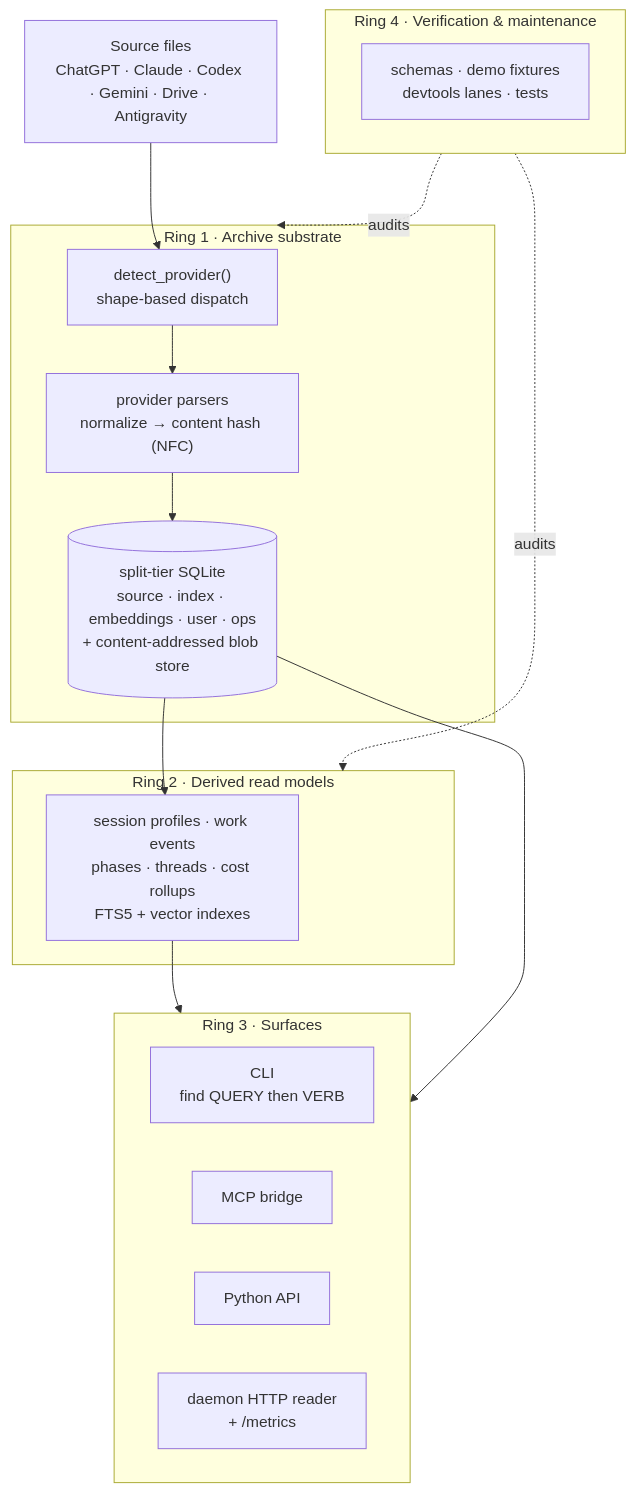
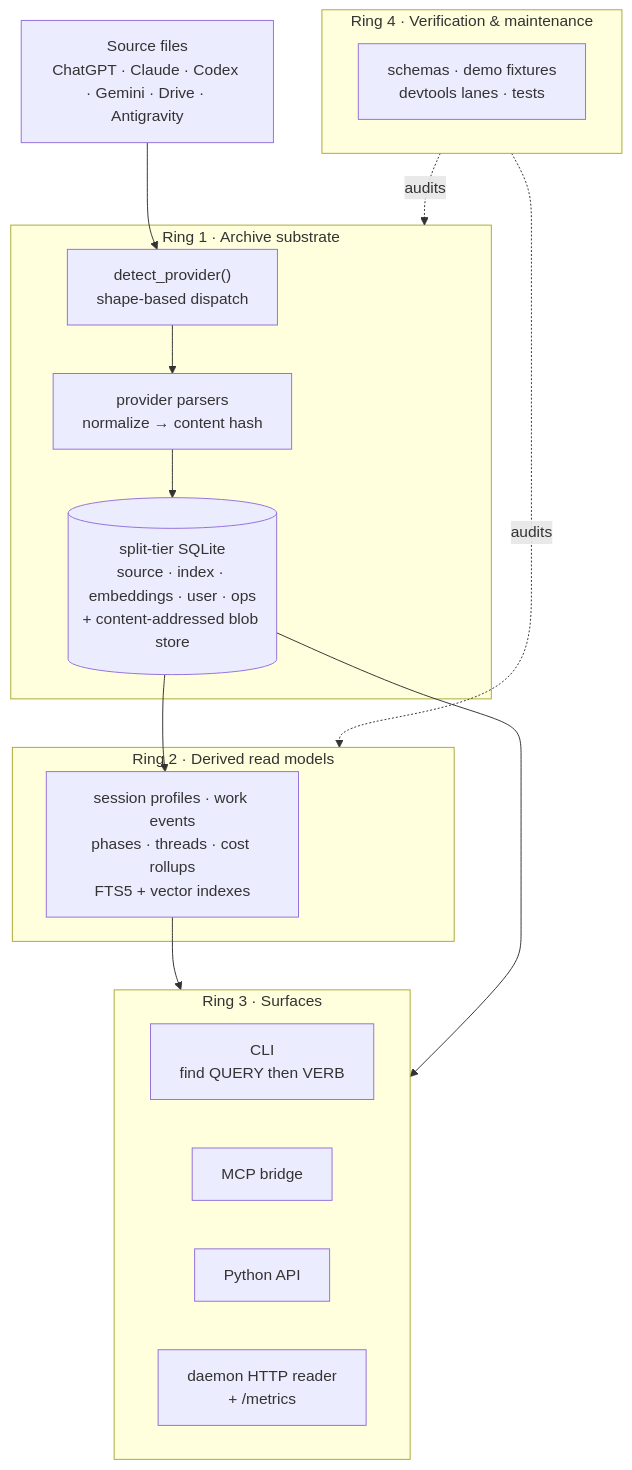
The diagram in docs/architecture.md (Sinity/polylogue), drawn with Mermaid before and after one commit. The commit also changed other lines of this file and 15 other files, not shown here.

````diff
--- a/docs/architecture.md
+++ b/docs/architecture.md
@@ -18,33 +18,33 @@
 ```mermaid
 flowchart TD
     SRC["Source files<br/>ChatGPT · Claude · Codex · Gemini · Drive · Antigravity"]
 
     subgraph R1["Ring 1 · Archive substrate"]
         DETECT["detect_provider()<br/>shape-based dispatch"]
-        PARSE["provider parsers<br/>normalize → content hash (NFC)"]
+        PARSE["provider parsers<br/>normalize → content hash"]
         STORE[("split-tier SQLite<br/>source · index · embeddings · user · ops<br/>+ content-addressed blob store")]
         DETECT --> PARSE --> STORE
     end
 
     subgraph R2["Ring 2 · Derived read models"]
         INSIGHTS["session profiles · work events<br/>phases · threads · cost rollups<br/>FTS5 + vector indexes"]
     end
 
     subgraph R3["Ring 3 · Surfaces"]
         CLI["CLI<br/>find QUERY then VERB"]
         MCP["MCP bridge"]
         API["Python API"]
         DAEMON["daemon HTTP reader<br/>+ /metrics"]
     end
 
     subgraph R4["Ring 4 · Verification & maintenance"]
         VERIFY["schemas · demo fixtures<br/>devtools lanes · tests"]
     end
 
     SRC --> DETECT
     STORE --> INSIGHTS
     INSIGHTS --> R3
     STORE --> R3
     R4 -.audits.-> R1
     R4 -.audits.-> R2
 ```
````
